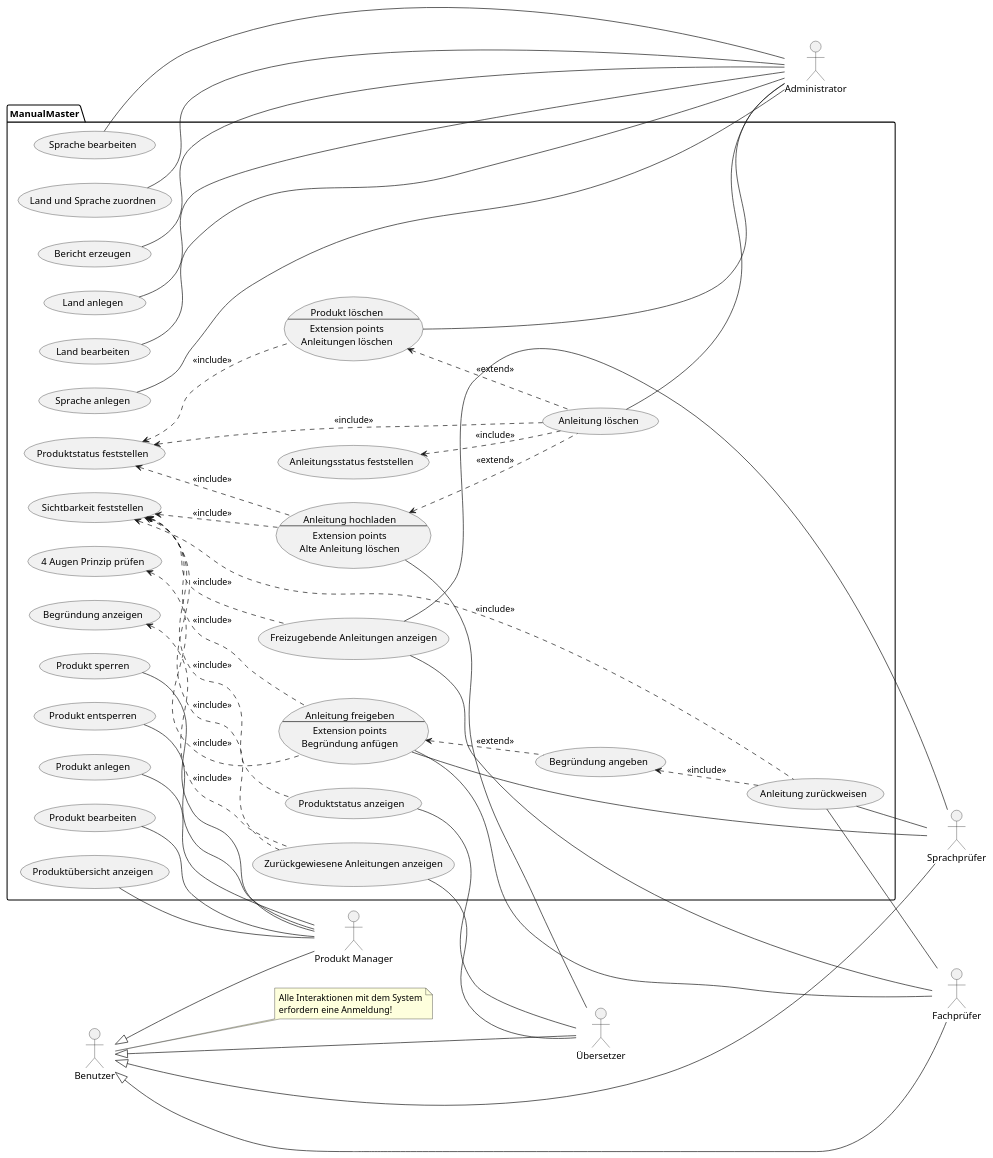
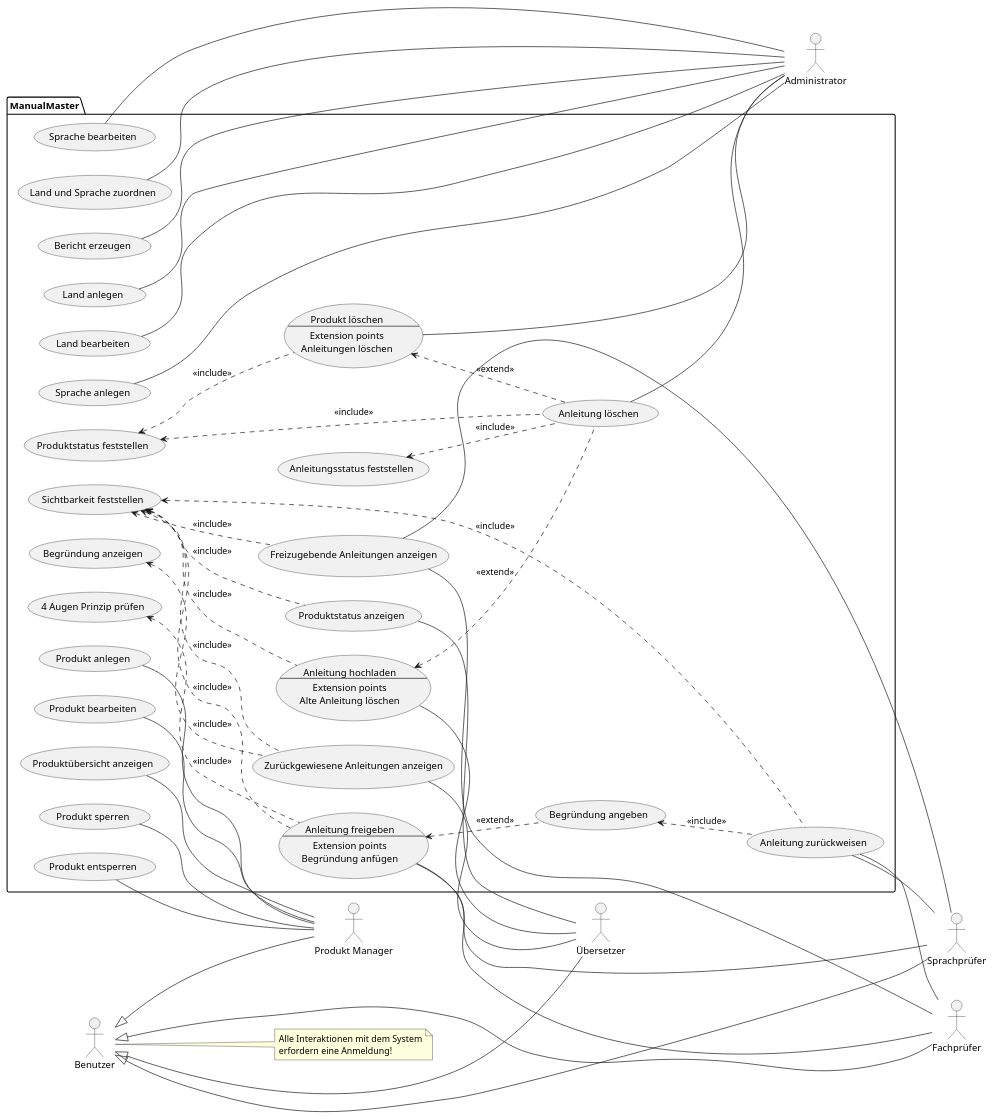
Before and after one commit to SgtMate/ManualMaster_UML: the diagram in Use-Case-Modell.pu, drawn with PlantUML. The commit also changed 1 other file, not shown here.

```diff
--- a/Use-Case-Modell.pu
+++ b/Use-Case-Modell.pu
@@ -1,111 +1,110 @@
 @startuml Aufgabe_3a
 'Akteure
 actor :Produkt Manager: as PM
 actor :Übersetzer: as UE
 actor :Sprachprüfer: as SP
 actor :Fachprüfer: as FP
 actor :Benutzer: as B
 note "Alle Interaktionen mit dem System\nerfordern eine Anmeldung!" as Note1
 B .. Note1
 actor :Administrator: as A
 
 B <|-- PM
 B <|-- UE
 B <|-- SP
 B <|-- FP
 
 'TODO: Begrüdungen für Extends anfügen!!!
 package ManualMaster {
 'Use Cases
 usecase "Produkt anlegen" as PA
 usecase "Produkt bearbeiten" as PB
 usecase PL as "Produkt löschen
 --
 Extension points
 Anleitungen löschen"
 usecase "Land anlegen" as LA
 usecase "Land bearbeiten" as LB
 usecase "Sprache anlegen" as SA
 usecase "Sprache bearbeiten" as SB
 usecase "Land und Sprache zuordnen" as LS
 usecase AH as "Anleitung hochladen
 --
 Extension points
 Alte Anleitung löschen"
 usecase "Anleitung löschen" as AL
 PL <.. AL : <<extend>>
 AH <.. AL : <<extend>>
 usecase "Freizugebende Anleitungen anzeigen" as AA
 usecase AF as "Anleitung freigeben
 --
 Extension points
 Begründung anfügen"
 usecase "Anleitung zurückweisen" as AR
 usecase "Produktstatus anzeigen" as PS
 usecase "Zurückgewiesene Anleitungen anzeigen" as ZA
 usecase "Produktübersicht anzeigen" as PU
 usecase "Produkt sperren" as SP2
 usecase "Produkt entsperren" as EP
 usecase "Bericht erzeugen" as BE
 left to right direction
 'Include und Extend
 usecase "Sichtbarkeit feststellen" as SF
 SF <.. AA : <<include>>
 SF <.. AF : <<include>>
 SF <.. AR : <<include>>
 SF <.. PS : <<include>>
 SF <.. ZA : <<include>>
 SF <.. AH : <<include>>
 usecase "4 Augen Prinzip prüfen" as 4AP
 4AP <.. AF : <<include>>
 usecase "Begründung angeben" as BA
 BA <.. AR : <<include>>
 AF <.. BA : <<extend>>
 usecase "Begründung anzeigen" as BA2
 BA2 <.. ZA : <<include>>
 usecase "Produktstatus feststellen" as PS2
-PS2 <.. AH : <<include>>
 PS2 <.. AL : <<include>>
 PS2 <.. PL : <<include>>
 usecase "Anleitungsstatus feststellen" as AS
 AS <.. AL : <<include>>
 'Anmelden wird nicht gezeigt, da es zu unübersichtlich wird! (siehe Anmerkung oben)
 'usecase "Anmelden" as AM
 'AM <.. PA : <<include>>
 'AM <.. PB : <<include>>
 'AM <.. AH : <<include>>
 'AM <.. AA : <<include>>
 'AM <.. AF : <<include>>
 'AM <.. AR : <<include>>
 'AM <.. PS : <<include>>
 'AM <.. ZA : <<include>>
 'AM <.. PU : <<include>>
 'AM <.. SP2 : <<include>>
 'AM <.. EP : <<include>>
 
 'Assoziationen
 PA -- PM
 PB -- PM
 LA -- A
 LB -- A
 SA -- A
 SB -- A
 AH -- UE
 AA -- SP
 AA -- FP
 AF -- SP
 AF -- FP
 AR -- SP
 AR -- FP
 PS -- UE
 ZA -- UE
 PU -- PM
 SP2 -- PM
 EP -- PM
 'AM -- B
 BE -- A
 AL -- A
 PL -- A
 LS -- A
 }
 @enduml
```
